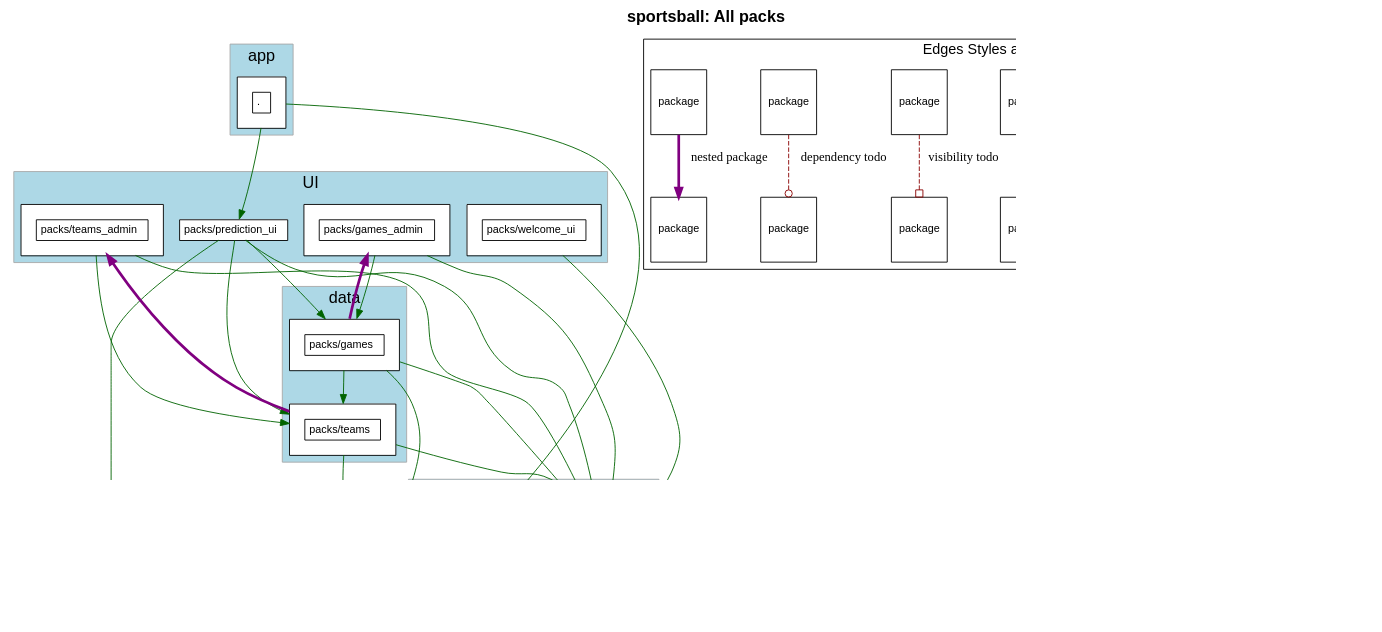
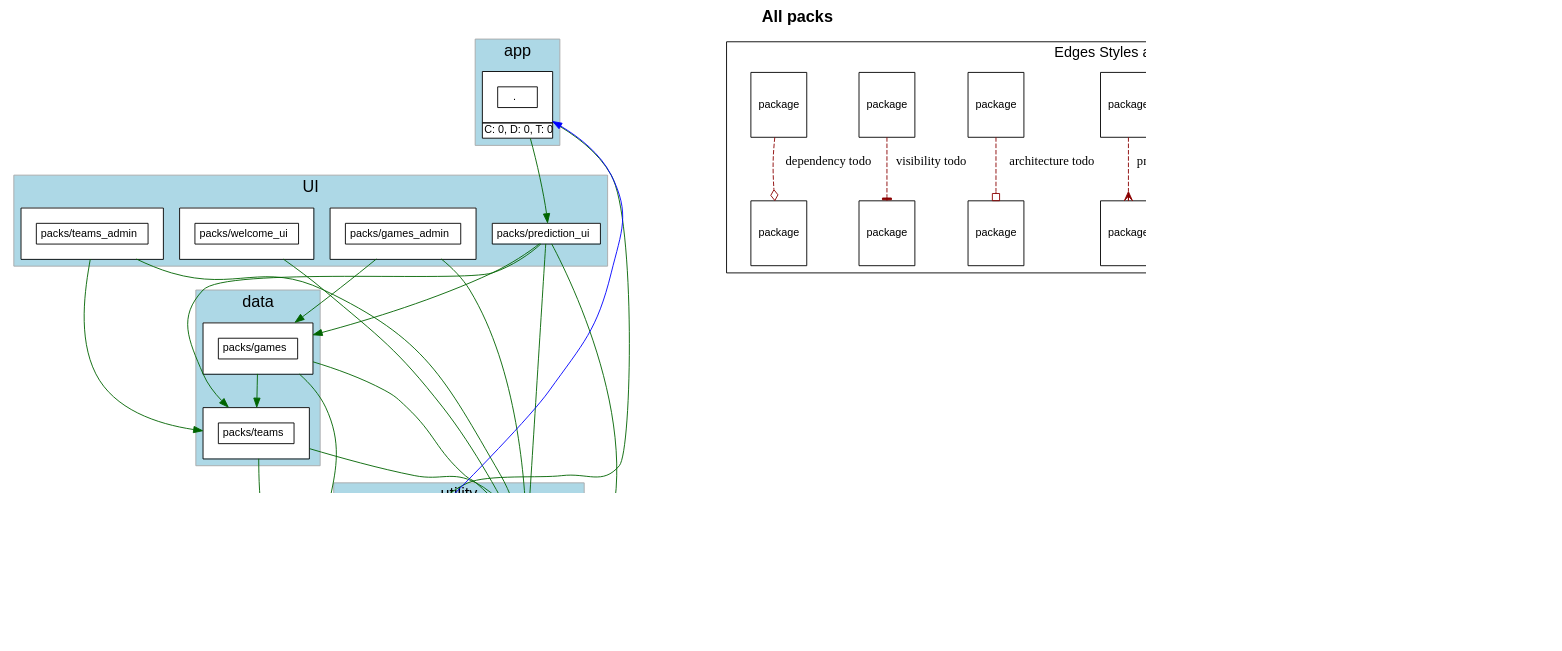
The diagram in c6s04-1/sportsball/diagrams/all_packs.dot (shageman/package-based-rails-applications-book), drawn with Graphviz before and after one commit. The commit also changed 6963 other files, not shown here.

```diff
--- a/c6s04-1/sportsball/diagrams/all_packs.dot
+++ b/c6s04-1/sportsball/diagrams/all_packs.dot
@@ -5,7 +5,7 @@
     fontname="Helvetica,Arial,sans-serif"
     dpi=100
     layout=dot
-    label=<<b>sportsball: All packs</b>>
+    label=<<b>All packs</b>>
     fontsize=18
   ]
   node [
@@ -32,7 +32,9 @@
                   <table border='0' cellborder='1' cellspacing='0' cellpadding='4'>
                     <tr> <td port='private'> . </td> </tr>
                   </table>
-                </td></tr></table>
+                  </td></tr>
+                  <tr><td CELLPADDING='1' ALIGN='RIGHT'>C: 0, D: 0, T: 0</td></tr>
+                  </table>
               >
           ]
         
@@ -51,7 +53,8 @@
                   <table border='0' cellborder='1' cellspacing='0' cellpadding='4'>
                     <tr> <td port='private'> packs/games_admin </td> </tr>
                   </table>
-                </td></tr></table>
+                  </td></tr>
+                  </table>
               >
           ]
         
@@ -71,7 +74,8 @@
                   <table border='0' cellborder='1' cellspacing='0' cellpadding='4'>
                     <tr> <td port='private'> packs/teams_admin </td> </tr>
                   </table>
-                </td></tr></table>
+                  </td></tr>
+                  </table>
               >
           ]
         
@@ -82,7 +86,8 @@
                   <table border='0' cellborder='1' cellspacing='0' cellpadding='4'>
                     <tr> <td port='private'> packs/welcome_ui </td> </tr>
                   </table>
-                </td></tr></table>
+                  </td></tr>
+                  </table>
               >
           ]
         
@@ -105,7 +110,8 @@
                   <table border='0' cellborder='1' cellspacing='0' cellpadding='4'>
                     <tr> <td port='private'> packs/games </td> </tr>
                   </table>
-                </td></tr></table>
+                  </td></tr>
+                  </table>
               >
           ]
         
@@ -116,7 +122,8 @@
                   <table border='0' cellborder='1' cellspacing='0' cellpadding='4'>
                     <tr> <td port='private'> packs/teams </td> </tr>
                   </table>
-                </td></tr></table>
+                  </td></tr>
+                  </table>
               >
           ]
         
@@ -143,7 +150,9 @@
                   <table border='0' cellborder='1' cellspacing='0' cellpadding='4'>
                     <tr> <td port='private'> packs/predictor </td> </tr>
                   </table>
-                </td></tr></table>
+                  </td></tr>
+                  <tr><td CELLPADDING='1' ALIGN='RIGHT'>D: 0, R: 0, T: 0</td></tr>
+                  </table>
               >
           ]
         
@@ -154,7 +163,8 @@
                   <table border='0' cellborder='1' cellspacing='0' cellpadding='4'>
                     <tr> <td port='private'> packs/predictor_interface </td> </tr>
                   </table>
-                </td></tr></table>
+                  </td></tr>
+                  </table>
               >
           ]
         
@@ -198,36 +208,40 @@
           "packs/teams_admin" -> "packs/rails_shims" [ color=darkgreen ]
           "packs/teams_admin" -> "packs/teams" [ color=darkgreen ]
           "packs/welcome_ui" -> "packs/rails_shims" [ color=darkgreen ]
-        "packs/games" -> "packs/games_admin" [ color=purple penwidth=3 ]
-        "packs/predictor" -> "packs/predictor_interface" [ color=purple penwidth=3 ]
-        "packs/teams" -> "packs/teams_admin" [ color=purple penwidth=3 ]
-  subgraph cluster_legend {
-    fontsize=16
-    label="Edges Styles and Arrow Heads"
-    A [ fontsize=12 shape=box label="package"]
-    B [ fontsize=12 shape=box label="package"]
-    C [ fontsize=12 shape=box label="package"]
-    D [ fontsize=12 shape=box label="package"]
-    E [ fontsize=12 shape=box label="package"]
-    F [ fontsize=12 shape=box label="package"]
-    G [ fontsize=12 shape=box label="package"]
-    H [ fontsize=12 shape=box label="package"]
-    I [ fontsize=12 shape=box label="package"]
-    J [ fontsize=12 shape=box label="package"]
-    K [ fontsize=12 shape=box label="package"]
-    L [ fontsize=12 shape=box label="package"]
-    A -> B [label="accepted dependency" color=darkgreen]
-    C -> D [label="privac todo" color=darkred style=dashed arrowhead=crow]
-    E -> F [label="architecture todo" color=darkred style=dashed arrowhead=invodot]
-    G -> H [label="visibility todo" color=darkred style=dashed arrowhead=obox]
-    I -> J [label="dependency todo" color=darkred style=dashed arrowhead=odot]
-    K -> L [label="nested package" color=purple penwidth=3]
-  }
+        "packs/predictor" -> "." [ color=blue constraint=false ]
+    subgraph cluster_legend {
+      fontsize=16
+      label="Edges Styles and Arrow Heads"
+      A [ fontsize=12 shape=box label="package"]
+      B [ fontsize=12 shape=box label="package"]
+      A -> B [label="accepted dependency" color=darkgreen]
+      K [ fontsize=12 shape=box label="package"]
+      L [ fontsize=12 shape=box label="package"]
+      K -> L [label="nested package" color=purple]
+      M [ fontsize=12 shape=box label="package"]
+      N [ fontsize=12 shape=box label="package"]
+      M -> N [label="visibile to" color=blue]
+      C [ fontsize=12 shape=box label="package"]
+      D [ fontsize=12 shape=box label="package"]
+      C -> D [label="privacy todo" color=darkred style=dashed arrowhead=crow]
+      E [ fontsize=12 shape=box label="package"]
+      F [ fontsize=12 shape=box label="package"]
+      E -> F [label="architecture todo" color=darkred style=dashed arrowhead=obox]
+      G [ fontsize=12 shape=box label="package"]
+      H [ fontsize=12 shape=box label="package"]
+      G -> H [label="visibility todo" color=darkred style=dashed arrowhead=tee]
+      I [ fontsize=12 shape=box label="package"]
+      J [ fontsize=12 shape=box label="package"]
+      I -> J [label="dependency todo" color=darkred style=dashed arrowhead=odiamond]
+      LEGEND_NODE_1 [ label="" peripheries=0 height=0 width=0 style=invis ]
+      LEGEND_NODE_2 [ label="" peripheries=0 height=0 width=0 style=invis ]
+      LEGEND_NODE_1 -> LEGEND_NODE_2 [ style=invis ]
+    }
   subgraph cluster_teams_legend {
     fontsize=16
     label="Team Colors"
 
 
   }
-  J -> "" [style=invis]
+    LEGEND_NODE_2 -> "" [style=invis]
 }
```
